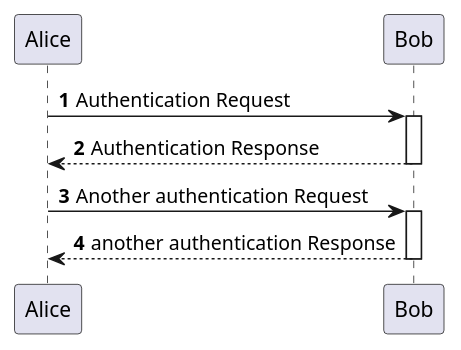
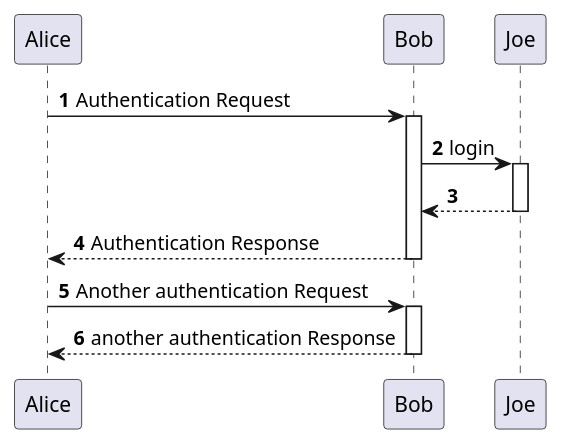
One commit to nigel-edwards/HelloItelliJ changed the diagram in TestSequence.puml. Above: the diagram before and after it, drawn with PlantUML. The commit also changed 4 other files, not shown here.

```diff
--- a/TestSequence.puml
+++ b/TestSequence.puml
@@ -1,16 +1,21 @@
 @startuml
 'https://plantuml.com/sequence-diagram
 
 autonumber
 
 Alice -> Bob: Authentication Request
 Activate Bob
+Bob -> Joe: login
+Activate Joe
+Joe --> Bob
+Deactivate Joe
+
 Bob --> Alice: Authentication Response
 Deactivate Bob
 
 Alice -> Bob: Another authentication Request
 Activate Bob
 Alice <-- Bob: another authentication Response
 Deactivate Bob
 
 @enduml
```
